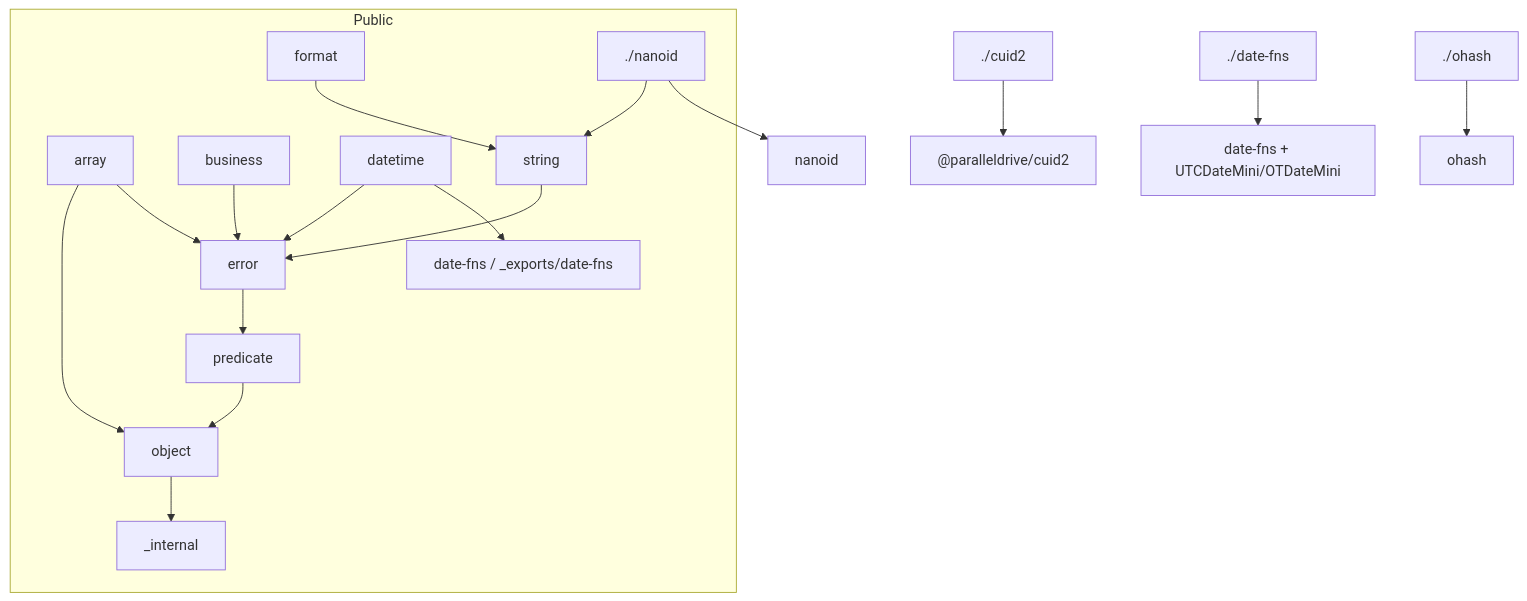
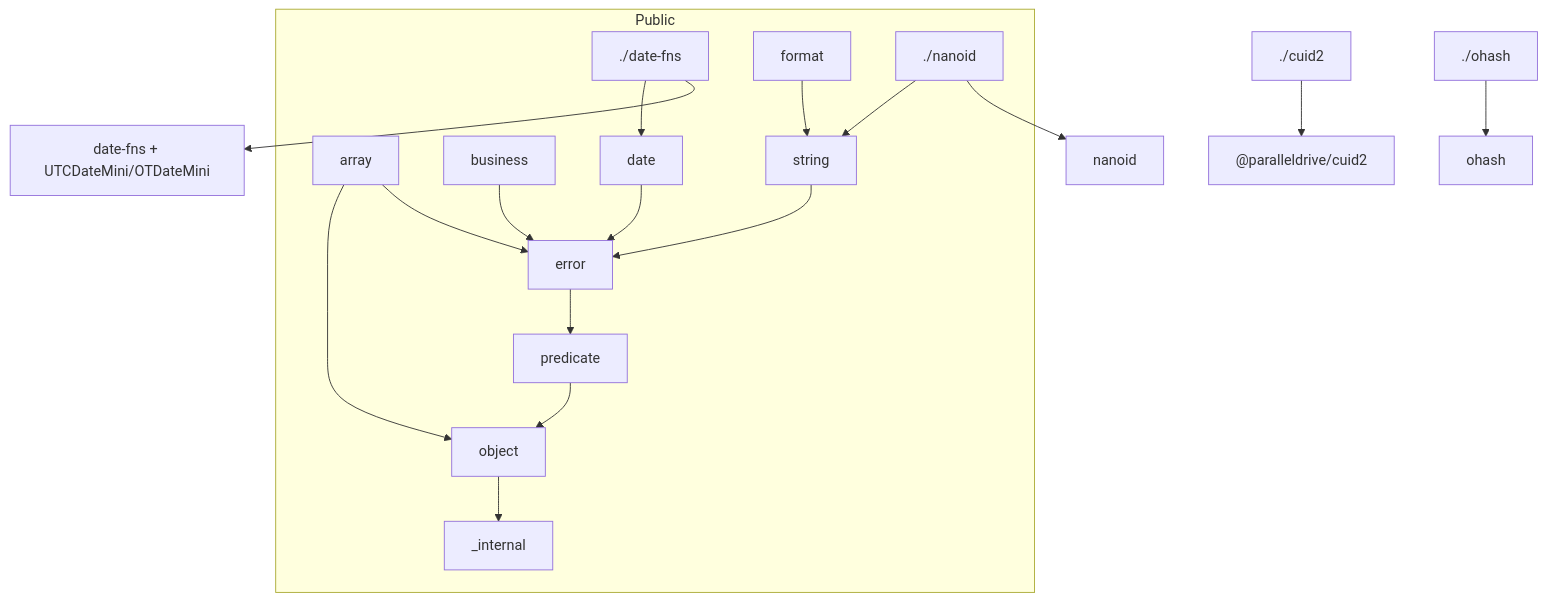
The diagram in .agents/docs/architecture.md (bingtsingw/xstools-open), drawn with Mermaid before and after one commit. The commit also changed other lines of this file and 14 other files, not shown here.

Commit message:
chore(utility): rename datetime export path to date

````diff
--- a/.agents/docs/architecture.md
+++ b/.agents/docs/architecture.md
@@ -61,21 +62,21 @@
 ```mermaid
 flowchart TB
   subgraph public [Public]
     array --> object
     array --> error
     business --> error
-    datetime --> error
-    datetime --> date_fns_src["date-fns / _exports/date-fns"]
+    date --> error
+    date_fns_exp --> date
     string --> error
     format --> string
     error --> predicate
     predicate --> object
     object --> internal["_internal"]
     nanoid_exp["./nanoid"] --> string
   end
 
   cuid2_exp["./cuid2"] --> cuid2lib["@paralleldrive/cuid2"]
   date_fns_exp["./date-fns"] --> datefns["date-fns + UTCDateMini/OTDateMini"]
   nanoid_exp --> nanoidlib[nanoid]
   ohash_exp["./ohash"] --> ohashlib[ohash]
 ```
````
